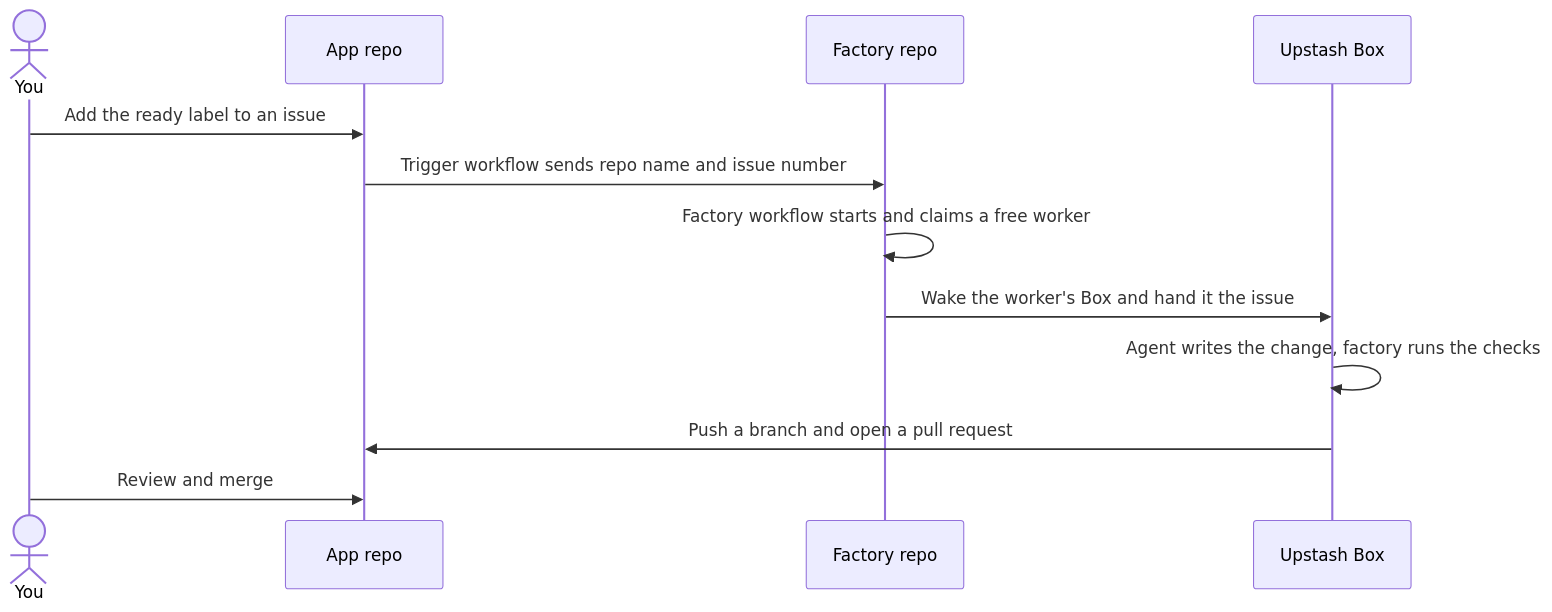
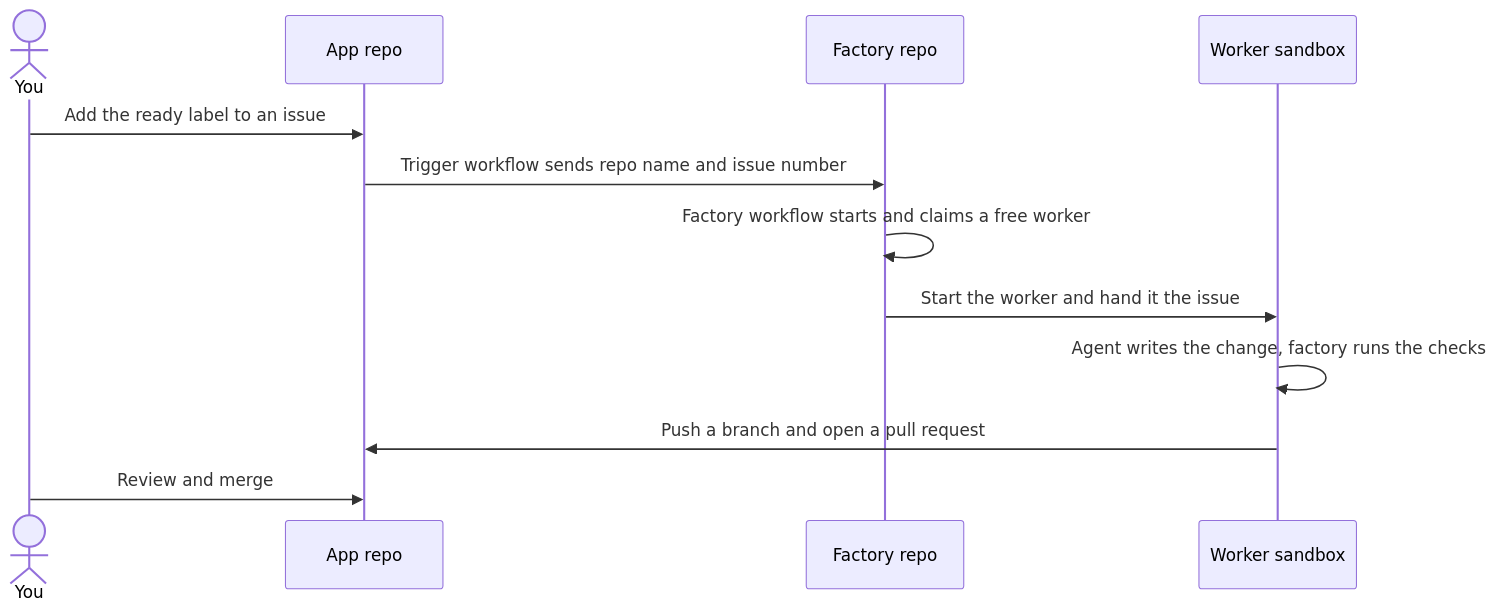
Before and after one commit to vicgupta/create-ant-factory: the second of 2 diagrams in references/architecture.md, drawn with Mermaid. The commit also changed other lines of this file, not shown here.

First line of the commit message:
Document Docker as the default worker provider

````diff
--- a/references/architecture.md
+++ b/references/architecture.md
@@ -113,15 +111,15 @@
 ```mermaid
 sequenceDiagram
     actor You
     participant App as App repo
     participant Factory as Factory repo
-    participant Worker as Upstash Box
+    participant Worker as Worker sandbox
 
     You->>App: Add the ready label to an issue
     App->>Factory: Trigger workflow sends repo name and issue number
     Factory->>Factory: Factory workflow starts and claims a free worker
-    Factory->>Worker: Wake the worker's Box and hand it the issue
+    Factory->>Worker: Start the worker and hand it the issue
     Worker->>Worker: Agent writes the change, factory runs the checks
     Worker->>App: Push a branch and open a pull request
     You->>App: Review and merge
 ```
````
